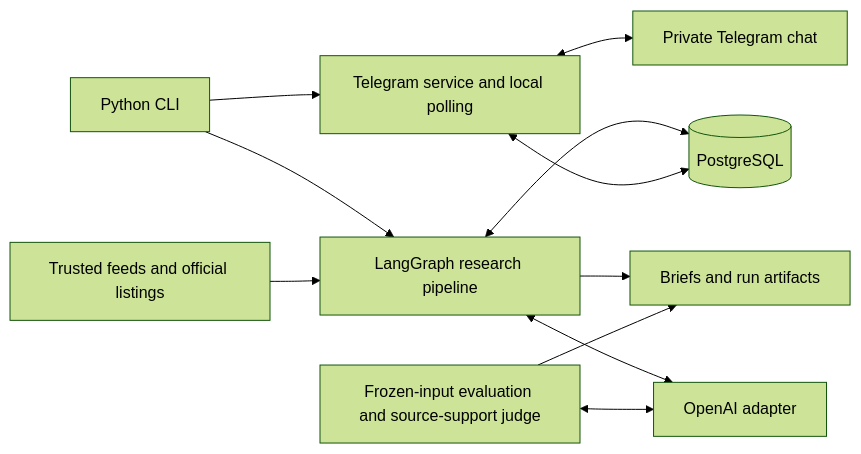
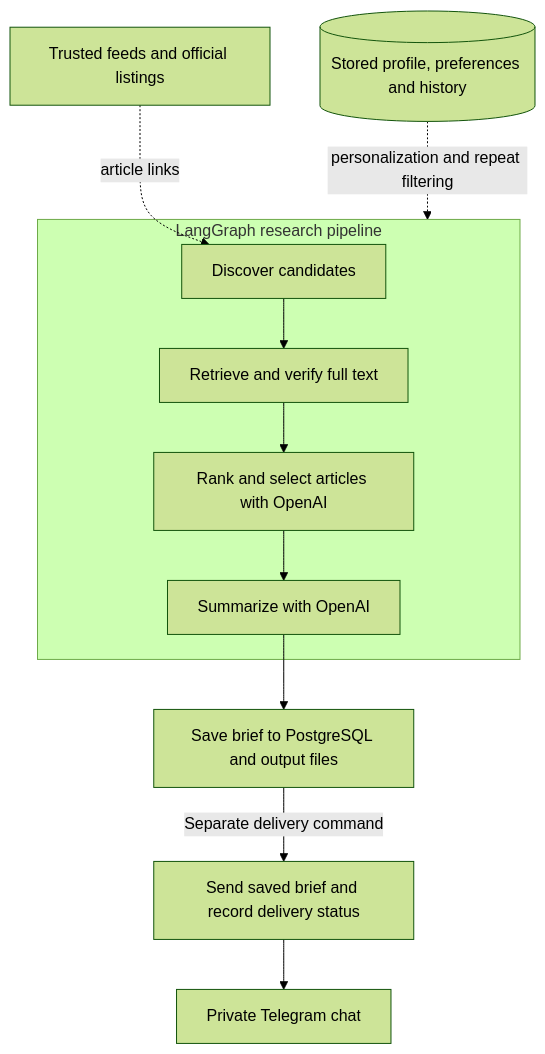
Before and after one commit to lpanfilova/agent_daily_tech_upgrade: the first of 2 diagrams in README.md, drawn with Mermaid (forest theme). The commit also changed other lines of this file, not shown here.

Commit message:
Clarify architecture workflows

````diff
--- a/README.md
+++ b/README.md
@@ -165,13 +168,13 @@
 ```mermaid
-flowchart LR
-    CLI[Python CLI] --> Research[LangGraph research pipeline]
-    Sources[Trusted feeds and official listings] --> Research
-    Research <--> Model[OpenAI adapter]
-    Research <--> DB[(PostgreSQL)]
-    Research --> Files[Briefs and run artifacts]
-    CLI --> Bot[Telegram service and local polling]
-    Bot <--> DB
-    Bot <--> Chat[Private Telegram chat]
-    Eval[Frozen-input evaluation and source-support judge] --> Files
-    Eval <--> Model
+flowchart TD
+    Sources[Trusted feeds and official listings] -. article links .-> Discover
+    subgraph Research[LangGraph research pipeline]
+        Discover[Discover candidates] --> Verify[Retrieve and verify full text]
+        Verify --> Rank[Rank and select articles with OpenAI]
+        Rank --> Summarize[Summarize with OpenAI]
+    end
+    Profile[(Stored profile, preferences and history)] -. personalization and repeat filtering .-> Research
+    Summarize --> Save[Save brief to PostgreSQL and output files]
+    Save -->|Separate delivery command| Deliver[Send saved brief and record delivery status]
+    Deliver --> Chat[Private Telegram chat]
 ```
````
